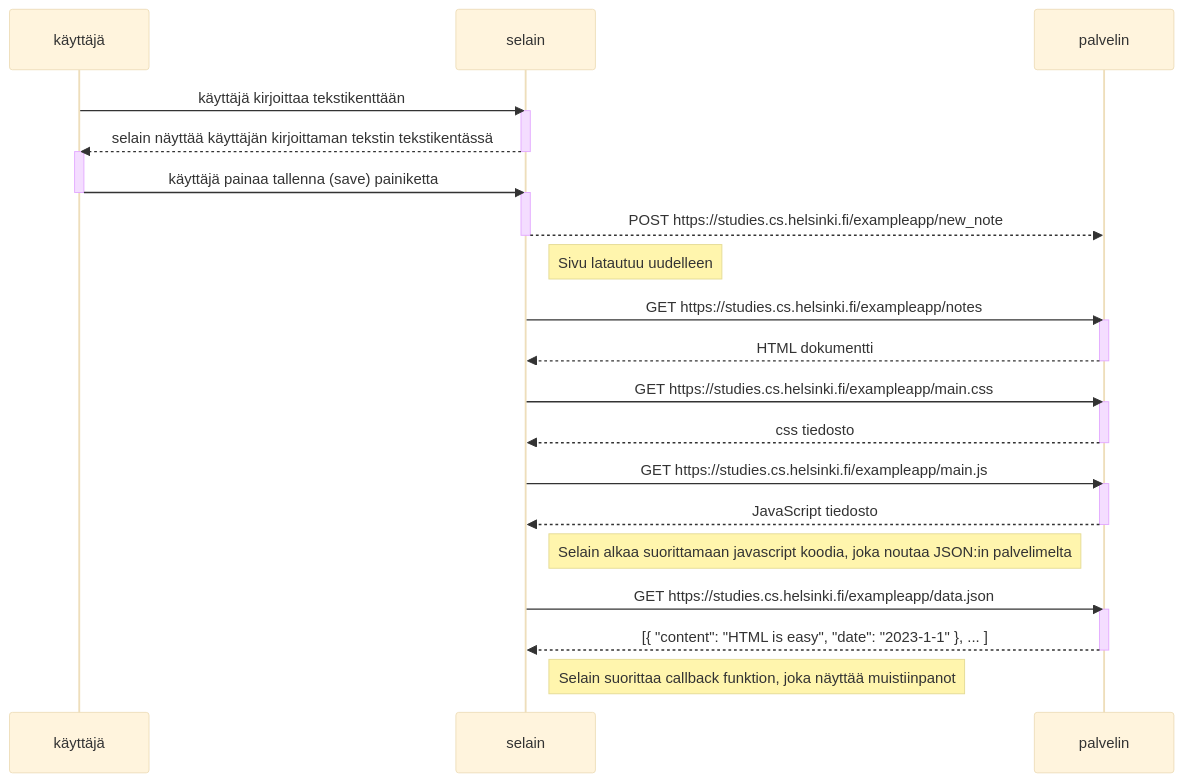
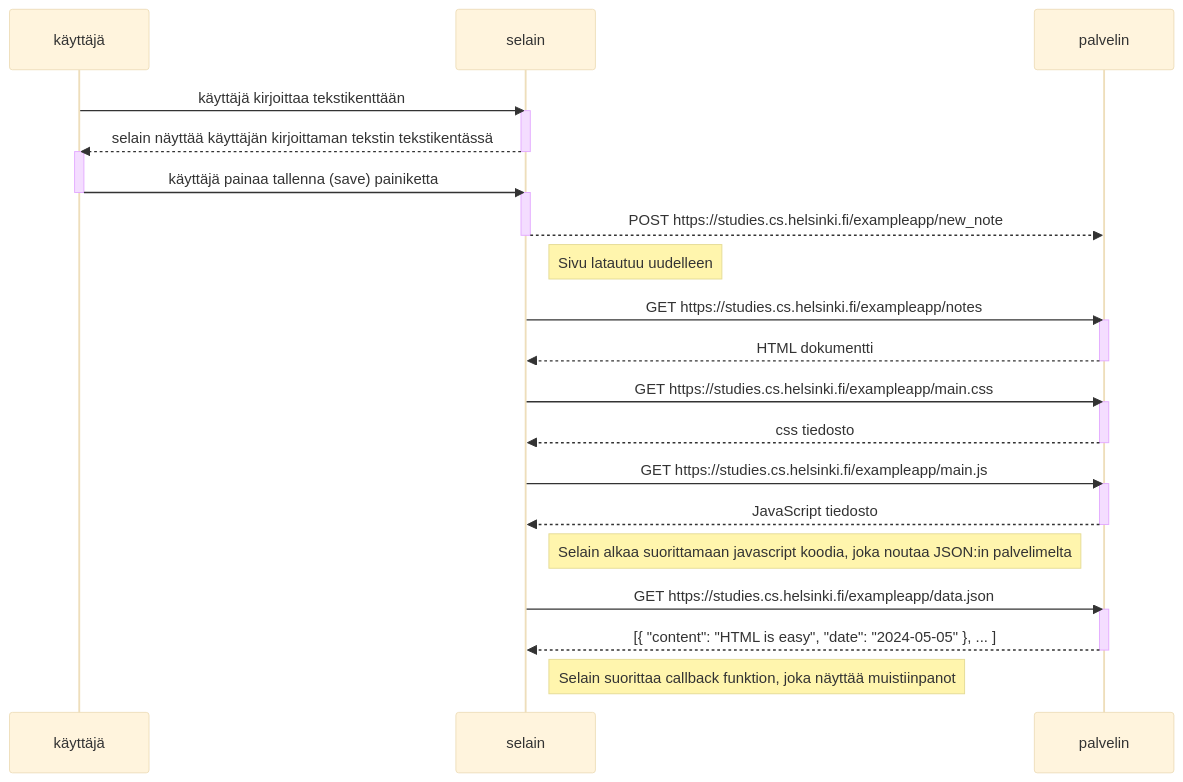
The diagram in osa0/0.4: uusi muistiinpano.md (RRambo/Fullstack-Open), drawn with Mermaid (base theme) before and after one commit.

Commit message:
Update 0.4: uusi muistiinpano.md

````diff
--- a/osa0/0.4: uusi muistiinpano.md
+++ b/osa0/0.4: uusi muistiinpano.md
@@ -1,44 +1,44 @@
 ```mermaid
     sequenceDiagram
 	participant käyttäjä
         participant selain
         participant palvelin
         
         käyttäjä->>selain: käyttäjä kirjoittaa tekstikenttään
         activate selain
         selain-->>käyttäjä: selain näyttää käyttäjän kirjoittaman tekstin tekstikentässä
         deactivate selain
 	activate käyttäjä
         
         käyttäjä->>selain: käyttäjä painaa tallenna (save) painiketta
 	deactivate käyttäjä
         activate selain
         selain-->>palvelin: POST https://studies.cs.helsinki.fi/exampleapp/new_note
         deactivate selain
 
 	Note right of selain: Sivu latautuu uudelleen
 	
 	selain->>palvelin: GET https://studies.cs.helsinki.fi/exampleapp/notes
 	activate palvelin
 	palvelin-->>selain: HTML dokumentti
 	deactivate palvelin
 	    
 	selain->>palvelin: GET https://studies.cs.helsinki.fi/exampleapp/main.css
 	activate palvelin
 	palvelin-->>selain: css tiedosto
 	deactivate palvelin
 	    
 	selain->>palvelin: GET https://studies.cs.helsinki.fi/exampleapp/main.js
 	activate palvelin
 	palvelin-->>selain: JavaScript tiedosto
 	deactivate palvelin
 	    
 	Note right of selain: Selain alkaa suorittamaan javascript koodia, joka noutaa JSON:in palvelimelta
 	    
 	selain->>palvelin: GET https://studies.cs.helsinki.fi/exampleapp/data.json
 	activate palvelin
-	palvelin-->>selain: [{ "content": "HTML is easy", "date": "2023-1-1" }, ... ]
+	palvelin-->>selain: [{ "content": "HTML is easy", "date": "2024-05-05" }, ... ]
 	deactivate palvelin    
 	
 	Note right of selain: Selain suorittaa callback funktion, joka näyttää muistiinpanot
 ```
````
